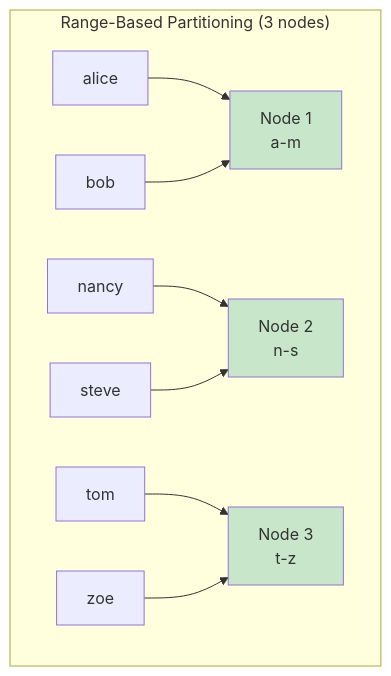
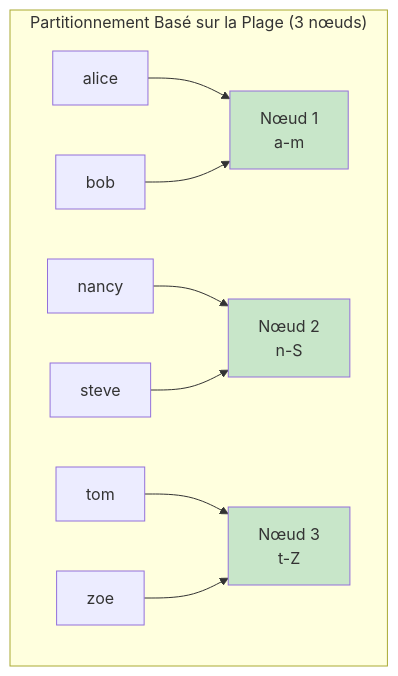
One commit to dardourimohamed/distributed-systems-course changed the fourth of 7 diagrams in src/data-store/01-partitioning.md. Above: the diagram before and after it, drawn with Mermaid. The commit also changed other lines of this file and 38 other files, not shown here.

````diff
--- a/src/data-store/01-partitioning.md
+++ b/src/data-store/01-partitioning.md
@@ -132,19 +132,19 @@
 ```mermaid
 graph TB
-    subgraph "Range-Based Partitioning (3 nodes)"
-        R1["Node 1<br/>a-m"]
-        R2["Node 2<br/>n-s"]
-        R3["Node 3<br/>t-z"]
+    subgraph "Partitionnement Basé sur la Plage (3 nœuds)"
+        R1["Nœud 1<br/>a-m"]
+        R2["Nœud 2<br/>n-S"]
+        R3["Nœud 3<br/>t-Z"]
 
         Key1["alice"] --> R1
         Key2["bob"] --> R1
         Key3["nancy"] --> R2
         Key4["steve"] --> R2
         Key5["tom"] --> R3
         Key6["zoe"] --> R3
 
         style R1 fill:#c8e6c9
         style R2 fill:#c8e6c9
         style R3 fill:#c8e6c9
     end
 ```
````
